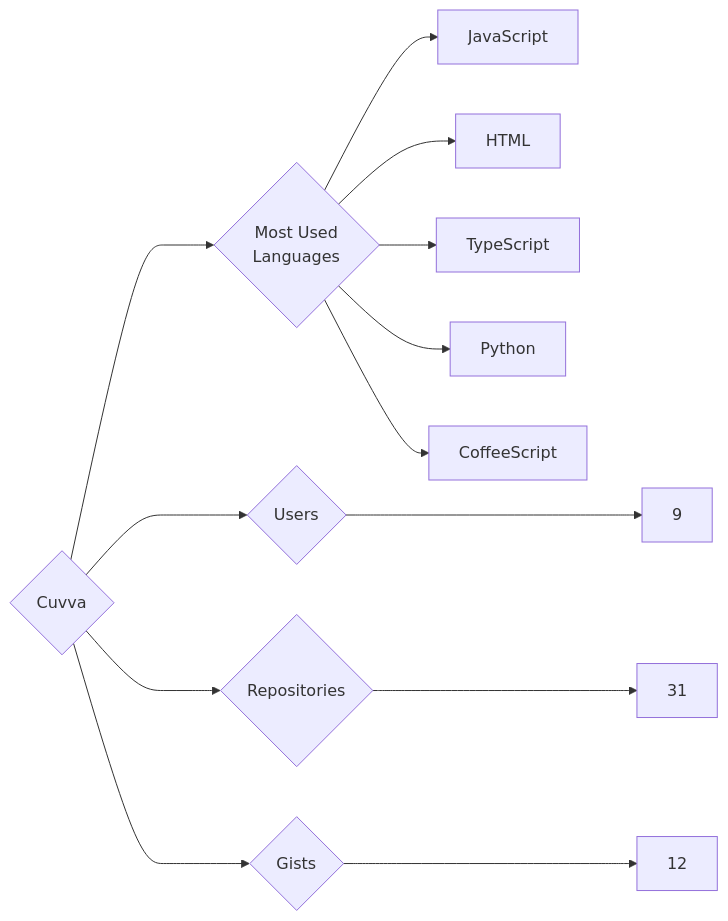
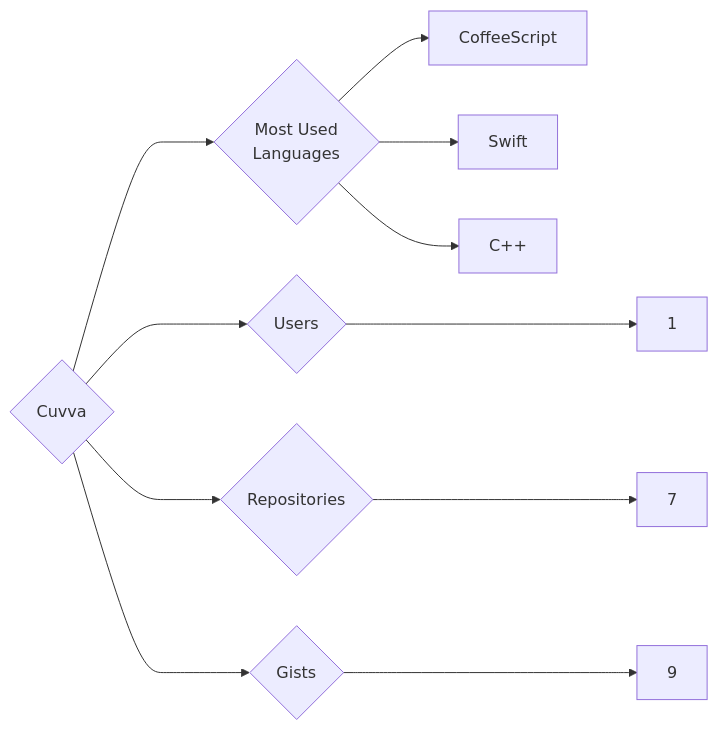
One commit to trickest/insiders changed the diagram in targets/Cuvva/README.md. Above: the diagram before and after it, drawn with Mermaid. The commit also changed 860 other files, not shown here.

````diff
--- a/targets/Cuvva/README.md
+++ b/targets/Cuvva/README.md
@@ -3,13 +3,11 @@
 ```mermaid
 graph LR
 COMPANY_NAME{Cuvva}
-COMPANY_NAME ---> U{Users} ---> UN[9]
-COMPANY_NAME ---> R{Repositories} ---> RN[31]
-COMPANY_NAME ---> G{Gists} ---> GN[12]
+COMPANY_NAME ---> U{Users} ---> UN[1]
+COMPANY_NAME ---> R{Repositories} ---> RN[7]
+COMPANY_NAME ---> G{Gists} ---> GN[9]
 COMPANY_NAME ---> ML{Most Used<br>Languages}
-ML --> JavaScript[JavaScript]
-ML --> HTML[HTML]
-ML --> TypeScript[TypeScript]
-ML --> Python[Python]
 ML --> CoffeeScript[CoffeeScript]
+ML --> Swift[Swift]
+ML --> C++[C++]
 ```
````
